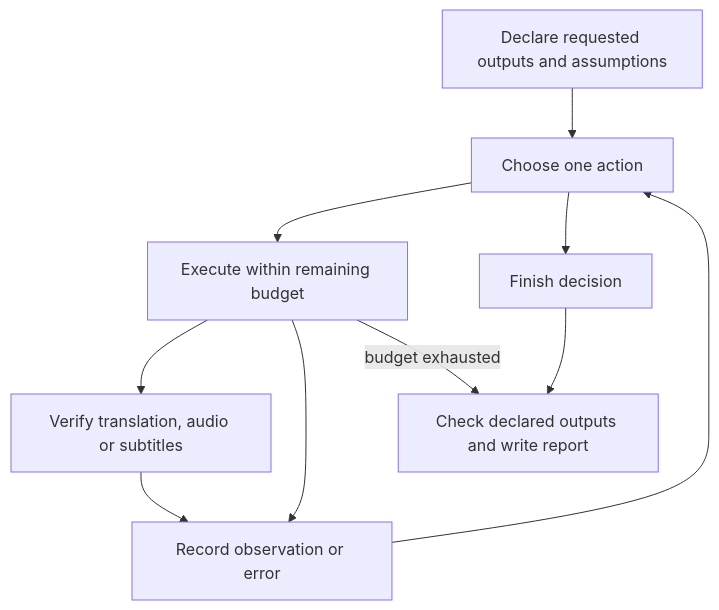
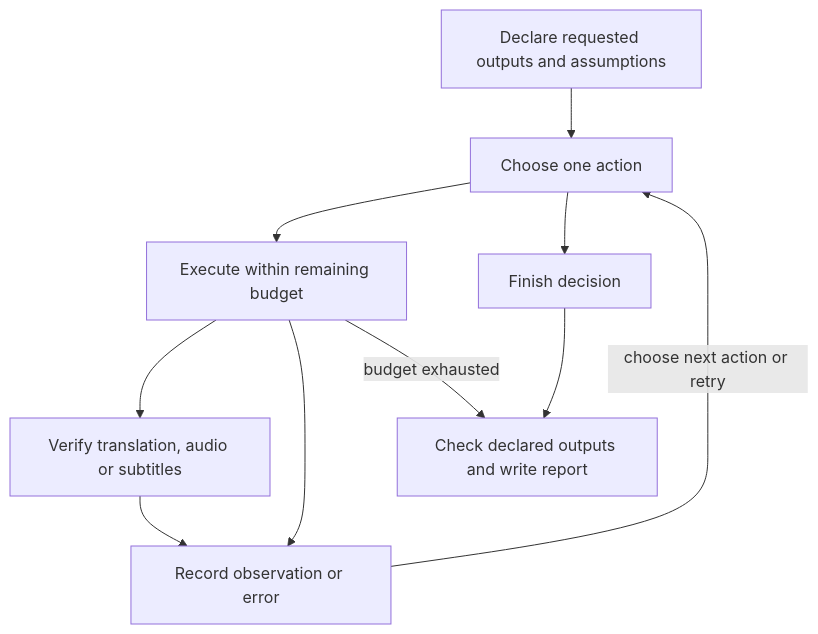
Before and after one commit to Bodhan-AI/Bodhan-AI-Cookbook: the second of 2 diagrams in examples/bodhan_tool_agent/README.md, drawn with Mermaid. The commit also changed other lines of this file and 19 other files, not shown here.

````diff
--- a/examples/bodhan_tool_agent/README.md
+++ b/examples/bodhan_tool_agent/README.md
@@ -24,12 +80,12 @@
 ```mermaid
 flowchart TD
     A[Declare requested outputs and assumptions] --> B[Choose one action]
     B --> C[Execute within remaining budget]
     C --> D[Verify translation, audio or subtitles]
     C --> E[Record observation or error]
     D --> E
-    E --> B
+    E -->|choose next action or retry| B
     B --> F[Finish decision]
     F --> G[Check declared outputs and write report]
     C -->|budget exhausted| G
 ```
````
